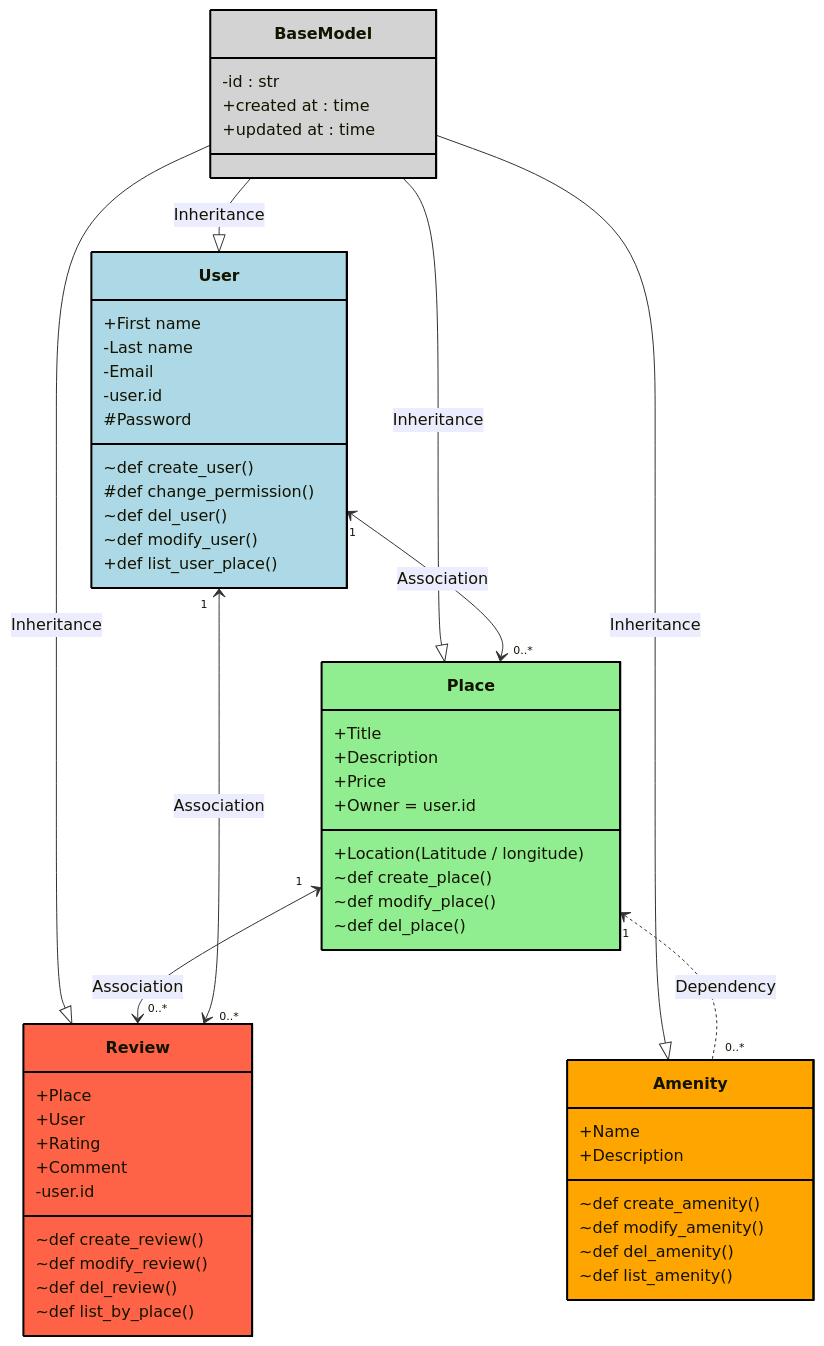
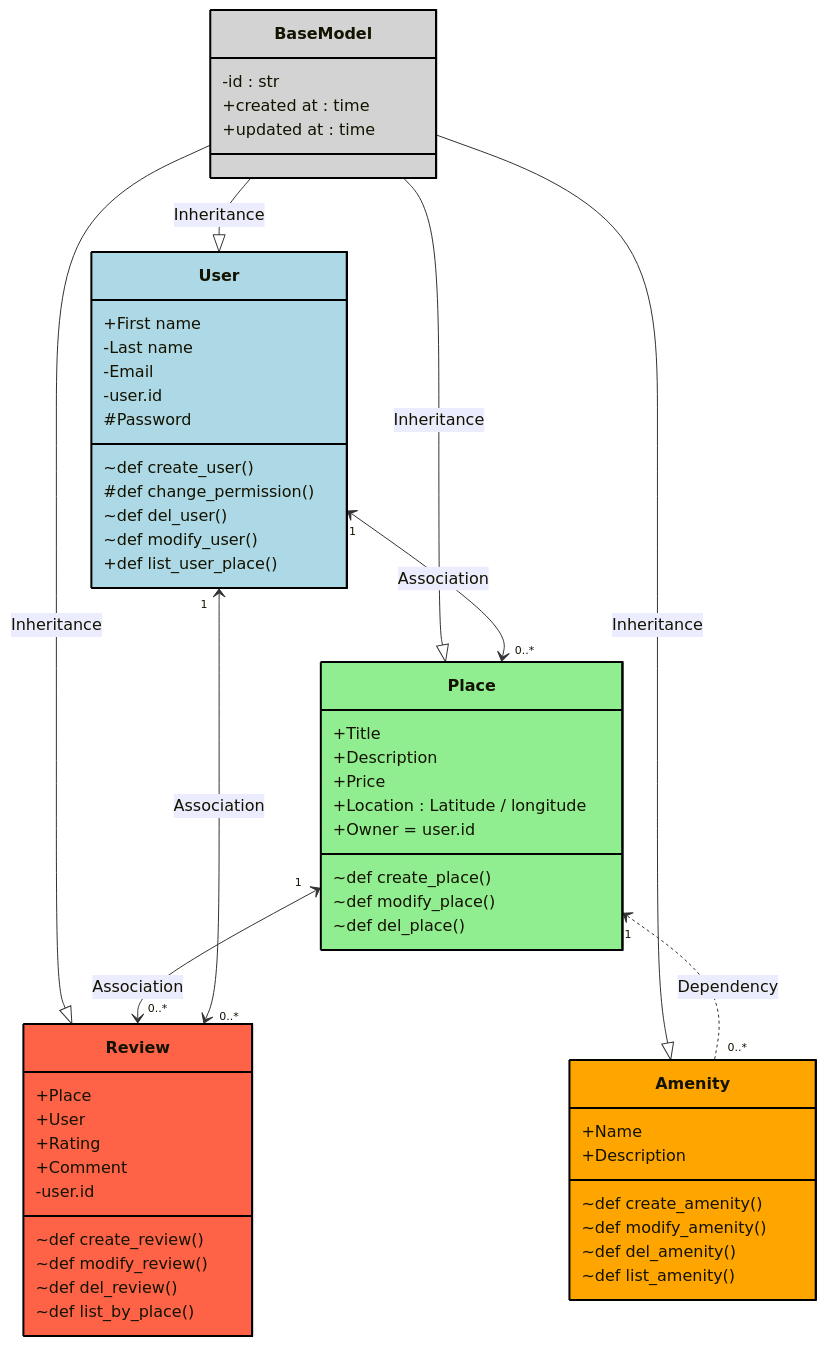
One commit to KillianRipoche/holbertonschool-hbnb changed the diagram in part-1/classDiagram.md. Above: the diagram before and after it, drawn with Mermaid.

Commit message:
Add location in attribute of class Place

````diff
--- a/part-1/classDiagram.md
+++ b/part-1/classDiagram.md
@@ -2,68 +2,68 @@
 ```mermaid
 classDiagram
 direction TB
 
 class BaseModel{
 -id : str
 +created at : time
 +updated at : time
 }
 class User{
 +First name
 -Last name
 -Email
 -user.id
 #Password
 ~def create_user()
 #def change_permission()
 ~def del_user()
 ~def modify_user()
 +def list_user_place()
 }
 class Place{
 +Title
 +Description
 +Price
-+Location (Latitude / longitude)
++Location : Latitude / longitude
 +Owner = user.id
 ~def create_place()
 ~def modify_place()
 ~def del_place()
 }
 class Amenity{
 +Name
 +Description
 ~def create_amenity()
 ~def modify_amenity()
 ~def del_amenity()
 ~def list_amenity()
 }
 class Review{
 +Place
 +User
 +Rating
 +Comment
 -user.id
 ~def create_review()
 ~def modify_review()
 ~def del_review()
 ~def list_by_place()
 }
 
 BaseModel --|> User : Inheritance
 BaseModel --|> Place : Inheritance
 BaseModel --|> Amenity : Inheritance
 BaseModel --|> Review : Inheritance
 
 Place "1" <.. "0..*" Amenity : Dependency
 
 Place "1" <--> "0..*" Review : Association
 User "1" <--> "0..*" Review : Association
 User "1" <--> "0..*" Place : Association
 
 style BaseModel fill:#d3d3d3,stroke:#000,stroke-width:2px;
 style User fill:#ADD8E6,stroke:#000,stroke-width:2px;
 style Place fill:#90EE90,stroke:#000,stroke-width:2px;
 style Amenity fill:#FFA500,stroke:#000,stroke-width:2px;
 style Review fill:#FF6347,stroke:#000,stroke-width:2px;
 ```
````
